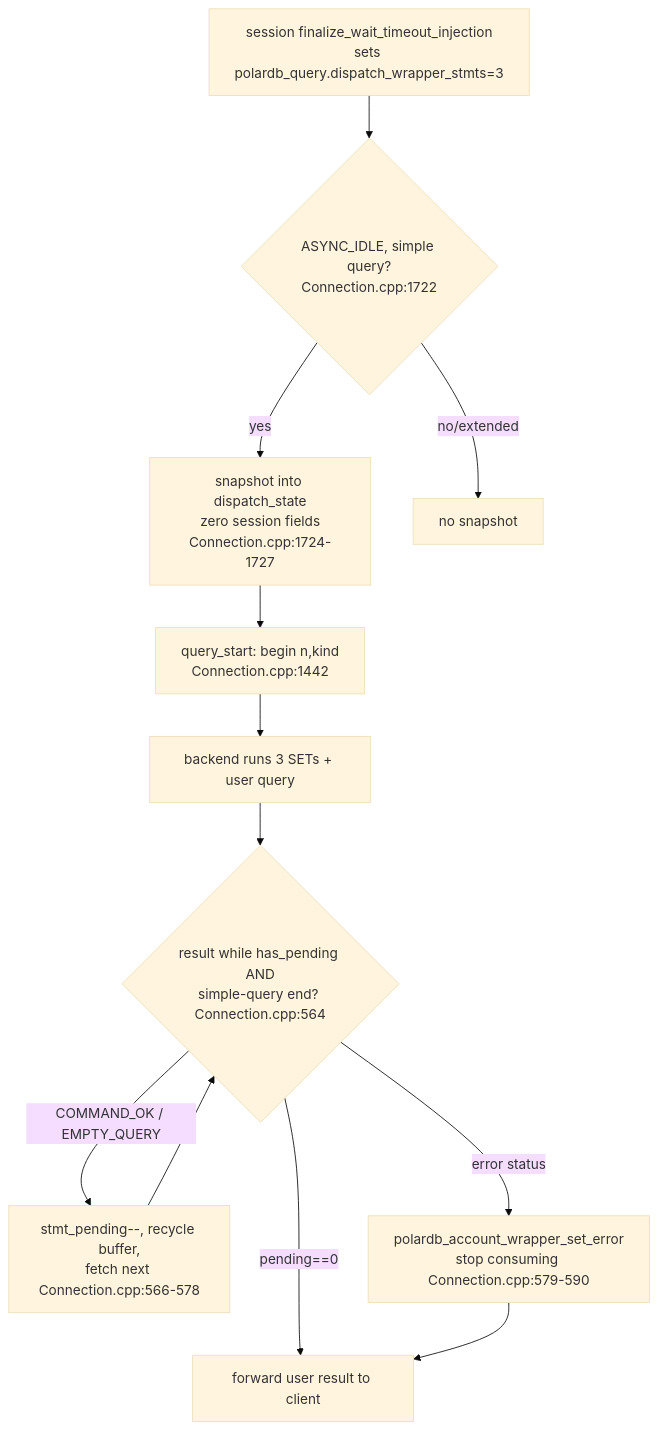
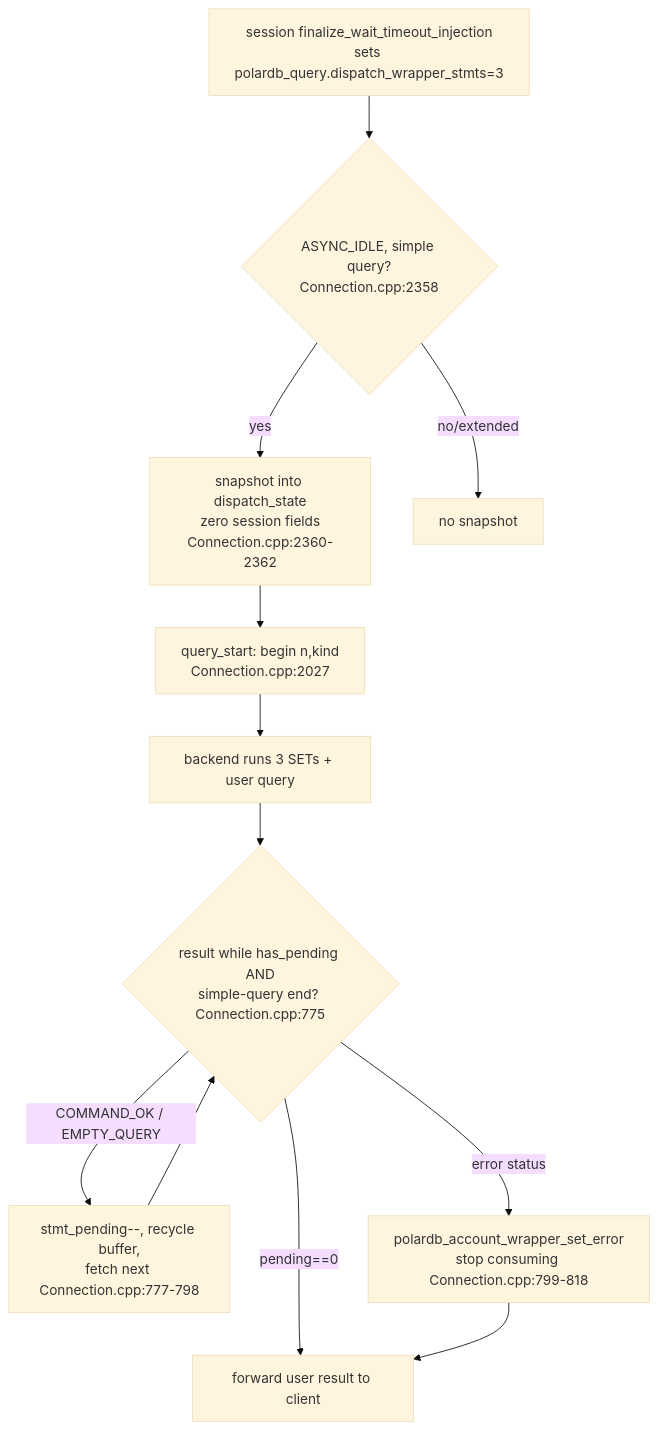
Before and after one commit to awide-labs/polar-proxy: the second of 4 diagrams in doc/polardb-arch/11-CONNECTION-AND-LIBPQ.md, drawn with Mermaid (base theme). The commit also changed other lines of this file and 21 other files, not shown here.

````diff
--- a/doc/polardb-arch/11-CONNECTION-AND-LIBPQ.md
+++ b/doc/polardb-arch/11-CONNECTION-AND-LIBPQ.md
@@ -510,14 +515,14 @@
 ```mermaid
 flowchart TD
-  S[session finalize_wait_timeout_injection<br/>sets polardb_query.dispatch_wrapper_stmts=3] --> A{ASYNC_IDLE, simple query?<br/>Connection.cpp:1722}
-  A -- yes --> B[snapshot into dispatch_state<br/>zero session fields<br/>Connection.cpp:1724-1727]
+  S[session finalize_wait_timeout_injection<br/>sets polardb_query.dispatch_wrapper_stmts=3] --> A{ASYNC_IDLE, simple query?<br/>Connection.cpp:2358}
+  A -- yes --> B[snapshot into dispatch_state<br/>zero session fields<br/>Connection.cpp:2360-2362]
   A -- no/extended --> Z[no snapshot]
-  B --> C[query_start: begin n,kind<br/>Connection.cpp:1442]
+  B --> C[query_start: begin n,kind<br/>Connection.cpp:2027]
   C --> D[backend runs 3 SETs + user query]
-  D --> E{result while has_pending AND<br/>simple-query end? Connection.cpp:564}
-  E -- COMMAND_OK / EMPTY_QUERY --> F[stmt_pending--, recycle buffer,<br/>fetch next Connection.cpp:566-578]
+  D --> E{result while has_pending AND<br/>simple-query end? Connection.cpp:775}
+  E -- COMMAND_OK / EMPTY_QUERY --> F[stmt_pending--, recycle buffer,<br/>fetch next Connection.cpp:777-798]
   F --> E
-  E -- error status --> G[polardb_account_wrapper_set_error<br/>stop consuming Connection.cpp:579-590]
+  E -- error status --> G[polardb_account_wrapper_set_error<br/>stop consuming Connection.cpp:799-818]
   E -- pending==0 --> H[forward user result to client]
   G --> H
 ```
````
